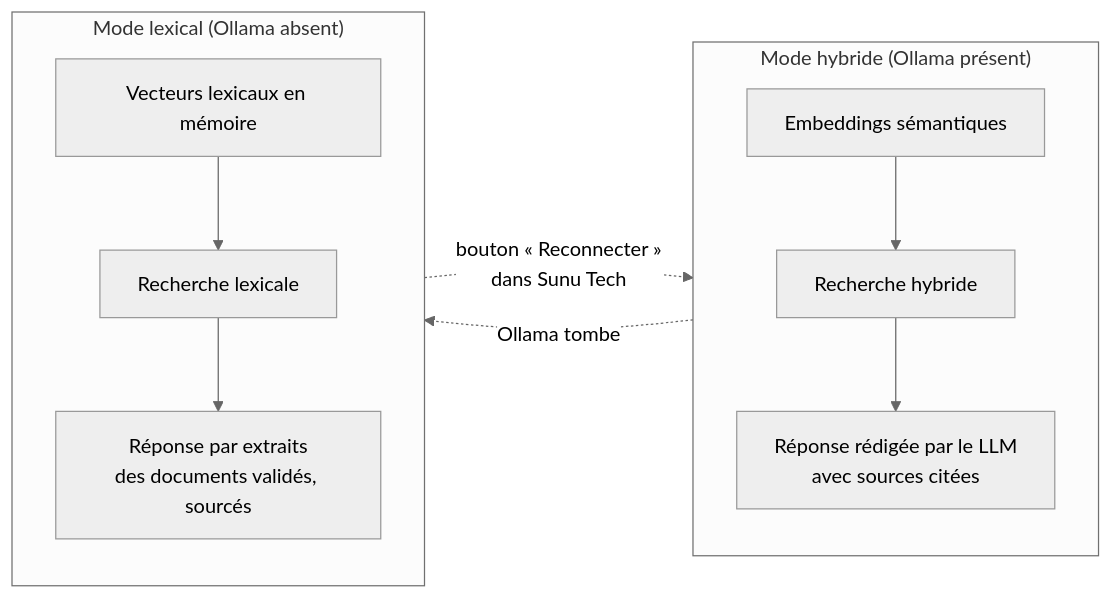
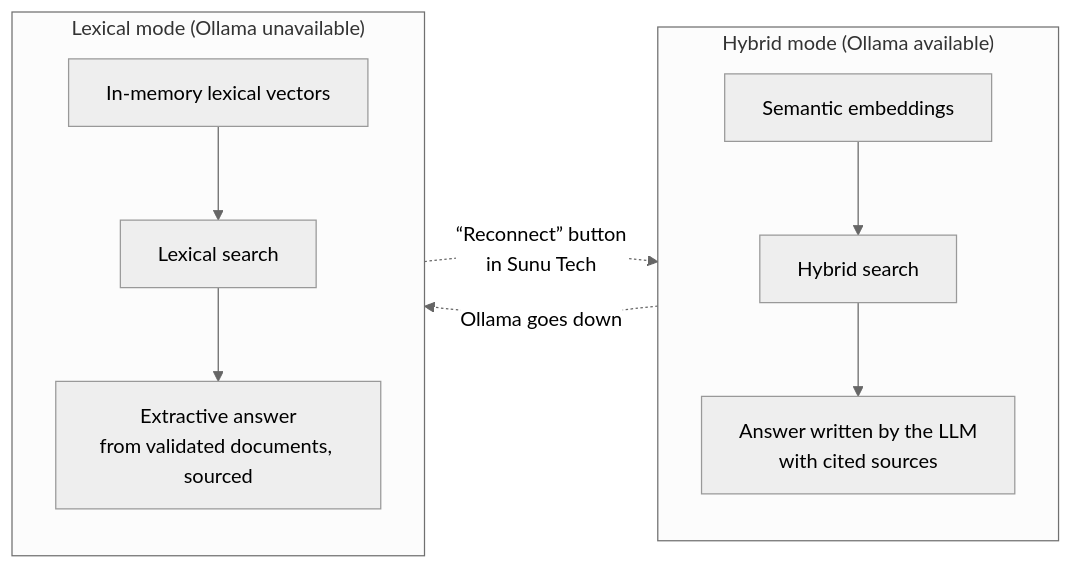
One commit to Dioumadev221/SUNUSAFEGUARD changed the fifth of 17 diagrams in README.md. Above: the diagram before and after it, drawn with Mermaid (neutral theme). The commit also changed other lines of this file and 1 other file, not shown here.

````diff
--- a/README.md
+++ b/README.md
@@ -257,11 +251,11 @@
 ```mermaid
 flowchart LR
-    subgraph COMPLET["Mode hybride (Ollama présent)"]
-        A1["Embeddings sémantiques"] --> A2["Recherche hybride"] --> A3["Réponse rédigée par le LLM<br/>avec sources citées"]
+    subgraph FULL["Hybrid mode (Ollama available)"]
+        A1["Semantic embeddings"] --> A2["Hybrid search"] --> A3["Answer written by the LLM<br/>with cited sources"]
     end
-    subgraph DEGRADE["Mode lexical (Ollama absent)"]
-        B1["Vecteurs lexicaux en mémoire"] --> B2["Recherche lexicale"] --> B3["Réponse par extraits<br/>des documents validés, sourcés"]
+    subgraph DEGRADED["Lexical mode (Ollama unavailable)"]
+        B1["In-memory lexical vectors"] --> B2["Lexical search"] --> B3["Extractive answer<br/>from validated documents, sourced"]
     end
-    COMPLET -. "Ollama tombe" .-> DEGRADE
-    DEGRADE -. "bouton « Reconnecter »<br/>dans Sunu Tech" .-> COMPLET
+    FULL -. "Ollama goes down" .-> DEGRADED
+    DEGRADED -. "“Reconnect” button<br/>in Sunu Tech" .-> FULL
 ```
````
